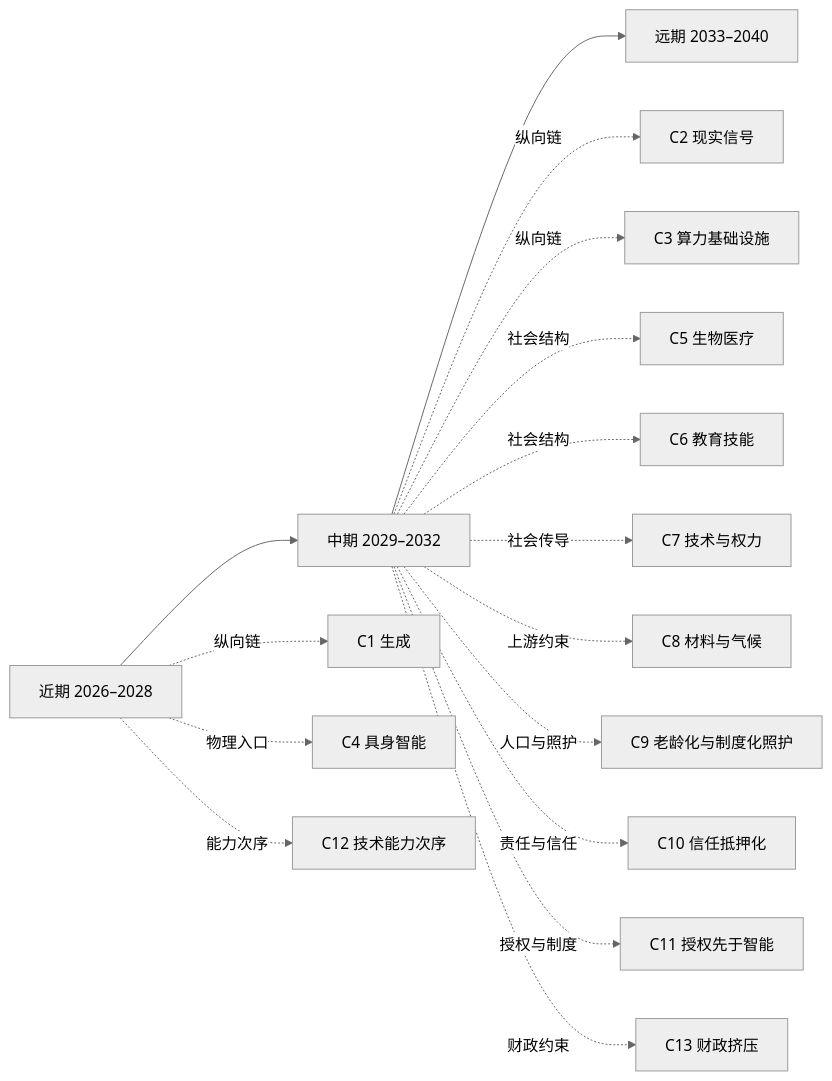
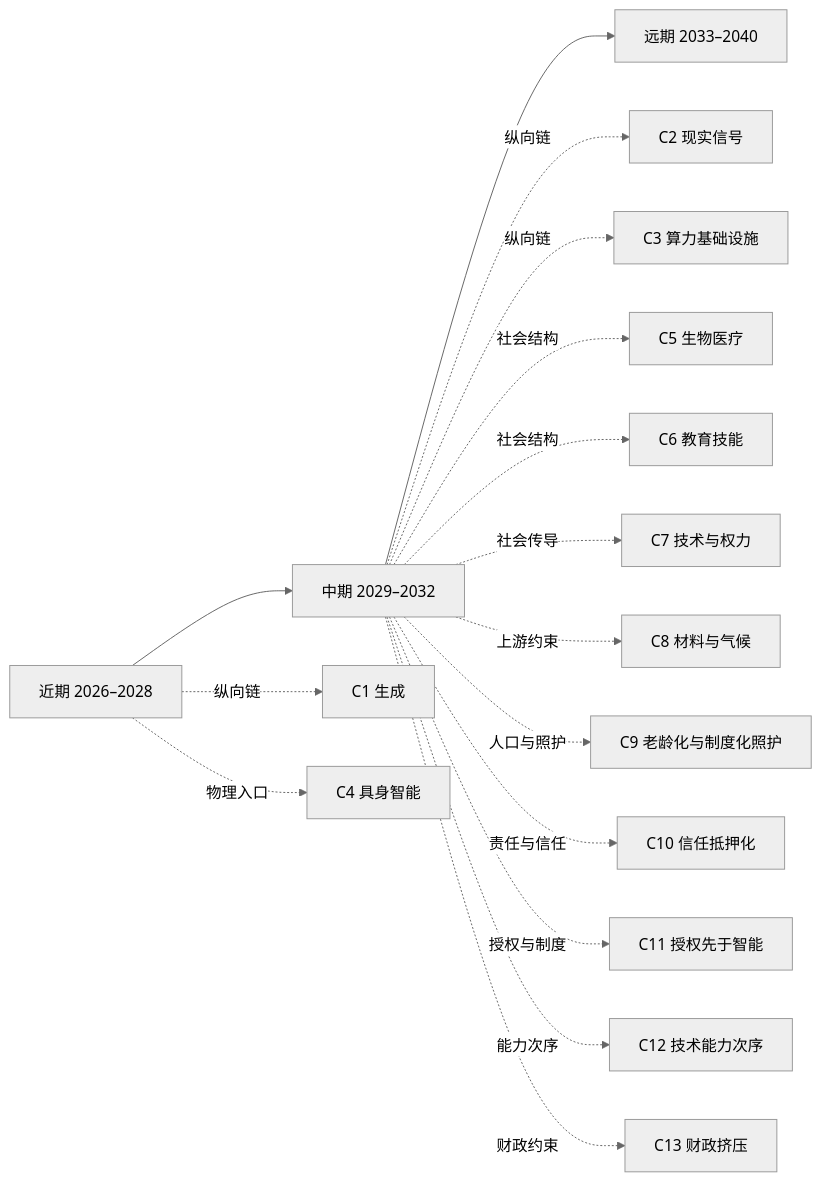
The diagram in docs/zh/10-near.md (SenZhangAI/foresight-by-ai), drawn with Mermaid (neutral theme) before and after one commit. The commit also changed 10 other files, not shown here.

First line of the commit message:
feat(qa): validate chain and navigation Mermaid projections

````diff
--- a/docs/zh/10-near.md
+++ b/docs/zh/10-near.md
@@ -17,18 +17,18 @@
 ```mermaid
 flowchart LR
   N[近期 2026–2028] --> M[中期 2029–2032]
   M --> F[远期 2033–2040]
   N -.纵向链.-> C1[C1 生成]
   M -.纵向链.-> C2[C2 现实信号]
   M -.纵向链.-> C3[C3 算力基础设施]
   N -.物理入口.-> C4[C4 具身智能]
   M -.社会结构.-> C5[C5 生物医疗]
   M -.社会结构.-> C6[C6 教育技能]
   M -.社会传导.-> C7[C7 技术与权力]
   M -.上游约束.-> C8[C8 材料与气候]
   M -.人口与照护.-> C9[C9 老龄化与制度化照护]
   M -.责任与信任.-> C10[C10 信任抵押化]
   M -.授权与制度.-> C11[C11 授权先于智能]
-  N -.能力次序.-> C12[C12 技术能力次序]
+  M -.能力次序.-> C12[C12 技术能力次序]
   M -.财政约束.-> C13[C13 财政挤压]
 ```
````
